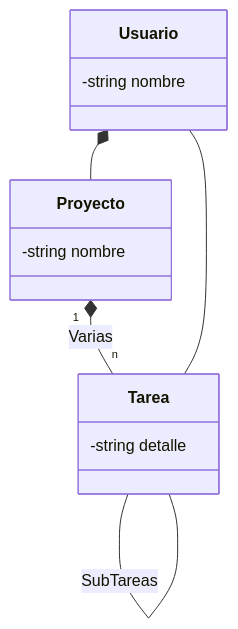
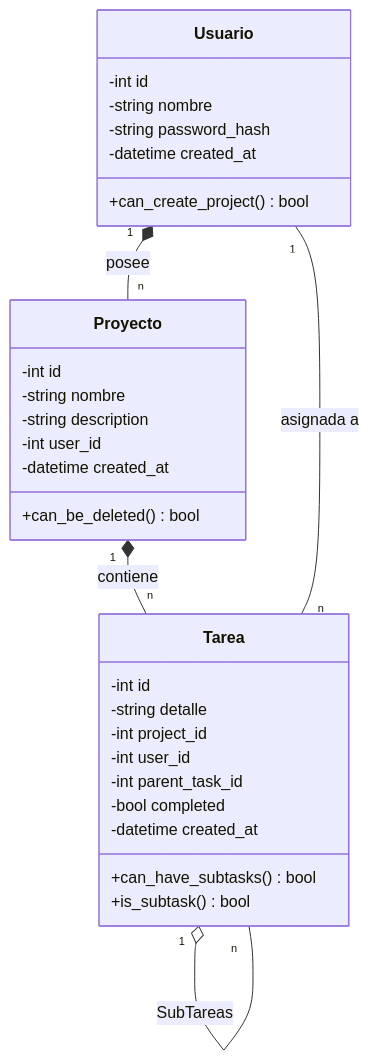
Before and after one commit to PedroScheeffer/demo_ANDIS2: the diagram in docs/clases.md, drawn with Mermaid. The commit also changed 14 other files, not shown here.

```diff
--- a/docs/clases.md
+++ b/docs/clases.md
@@ -3,19 +3,36 @@
 ::: mermaid
 classDiagram
 class Proyecto {
+    -int id
     -string nombre
+    -string description
+    -int user_id
+    -datetime created_at
+    +can_be_deleted() bool
 }
 
 class Tarea {
-    -string detalle   
+    -int id
+    -string detalle
+    -int project_id
+    -int user_id
+    -int parent_task_id
+    -bool completed
+    -datetime created_at
+    +can_have_subtasks() bool
+    +is_subtask() bool
 }
 
 class Usuario {
+    -int id
     -string nombre
+    -string password_hash
+    -datetime created_at
+    +can_create_project() bool
 }
 
-Proyecto "1" *-- "n" Tarea : Varias 
-Tarea -- Tarea : SubTareas
-Usuario *-- Proyecto
-Usuario -- Tarea 
+Proyecto "1" *-- "n" Tarea : contiene
+Tarea "1" o-- "n" Tarea : SubTareas
+Usuario "1" *-- "n" Proyecto : posee
+Usuario "1" -- "n" Tarea : asignada a
 :::
```
